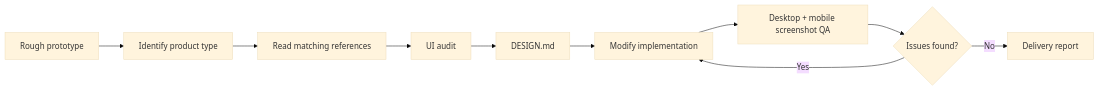
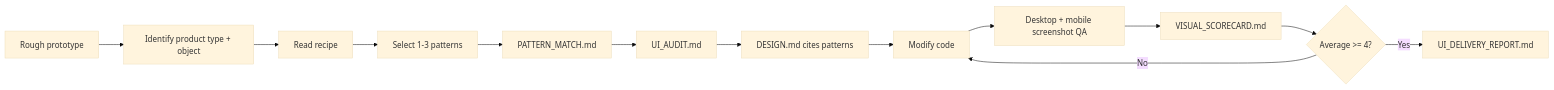
The diagram in README.md (yuzhang-ai/codex-ui-designer-kit), drawn with Mermaid (base theme) before and after one commit. The commit also changed other lines of this file and 55 other files, not shown here.

````diff
--- a/README.md
+++ b/README.md
@@ -41,12 +49,15 @@
 ```mermaid
 flowchart LR
-  A["Rough prototype"] --> B["Identify product type"]
-  B --> C["Read matching references"]
-  C --> D["UI audit"]
-  D --> E["DESIGN.md"]
-  E --> F["Modify implementation"]
-  F --> G["Desktop + mobile screenshot QA"]
-  G --> H{"Issues found?"}
-  H -->|Yes| F
-  H -->|No| I["Delivery report"]
+  A["Rough prototype"] --> B["Identify product type + object"]
+  B --> C["Read recipe"]
+  C --> D["Select 1-3 patterns"]
+  D --> E["PATTERN_MATCH.md"]
+  E --> F["UI_AUDIT.md"]
+  F --> G["DESIGN.md cites patterns"]
+  G --> H["Modify code"]
+  H --> I["Desktop + mobile screenshot QA"]
+  I --> J["VISUAL_SCORECARD.md"]
+  J --> K{"Average >= 4?"}
+  K -->|No| H
+  K -->|Yes| L["UI_DELIVERY_REPORT.md"]
 ```
````
